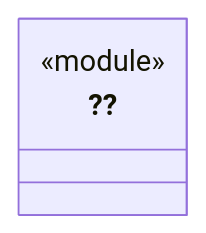
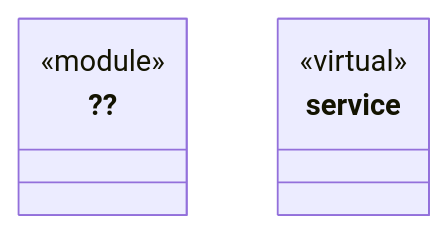
Before and after one commit to nan023062/cbim: the diagram in src/logic-new/updates/ARCHITECTURE.md, drawn with Mermaid. The commit also changed other lines of this file and 24 other files, not shown here.

First line of the commit message:
chore: repair test ownership and architecture documentation

````diff
--- a/src/logic-new/updates/ARCHITECTURE.md
+++ b/src/logic-new/updates/ARCHITECTURE.md
@@ -17,7 +19,11 @@
 ```mermaid
 classDiagram
 class N_ea17168d909d["??"] {
   <<module>>
 }
 click N_ea17168d909d href "index.ts"
+class N_2fe2c05b7caa["service"] {
+  <<virtual>>
+}
+click N_2fe2c05b7caa href "service/ARCHITECTURE.md"
 ```
````
